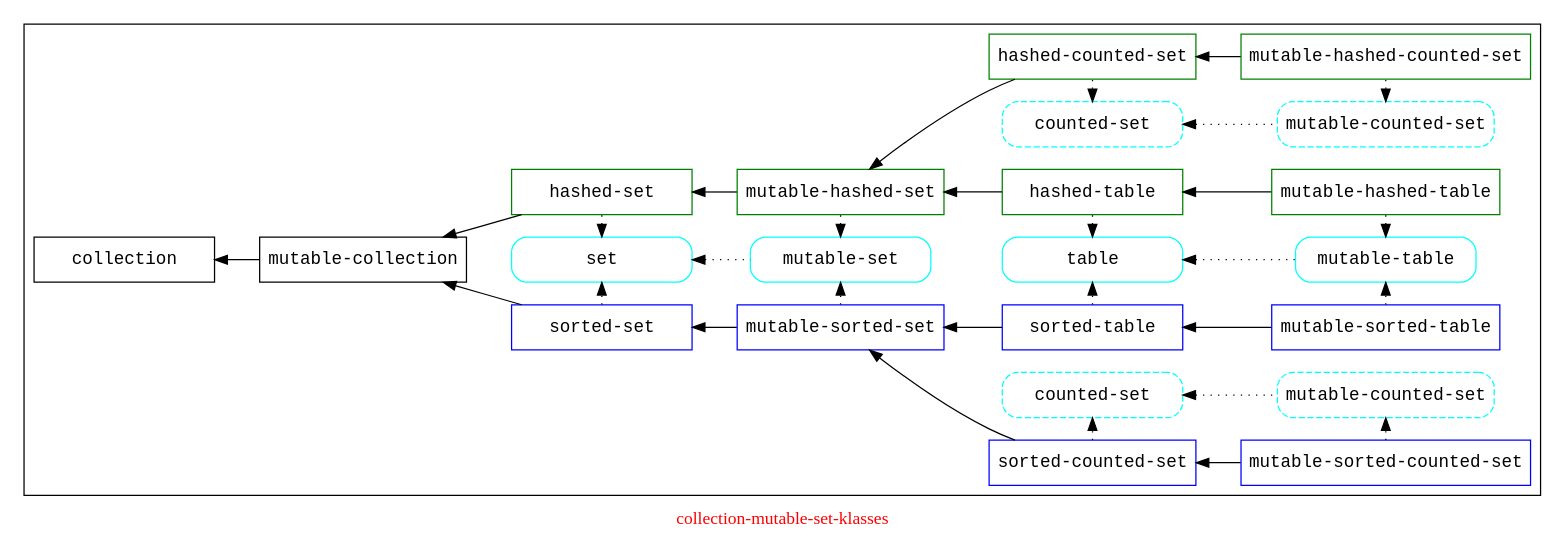
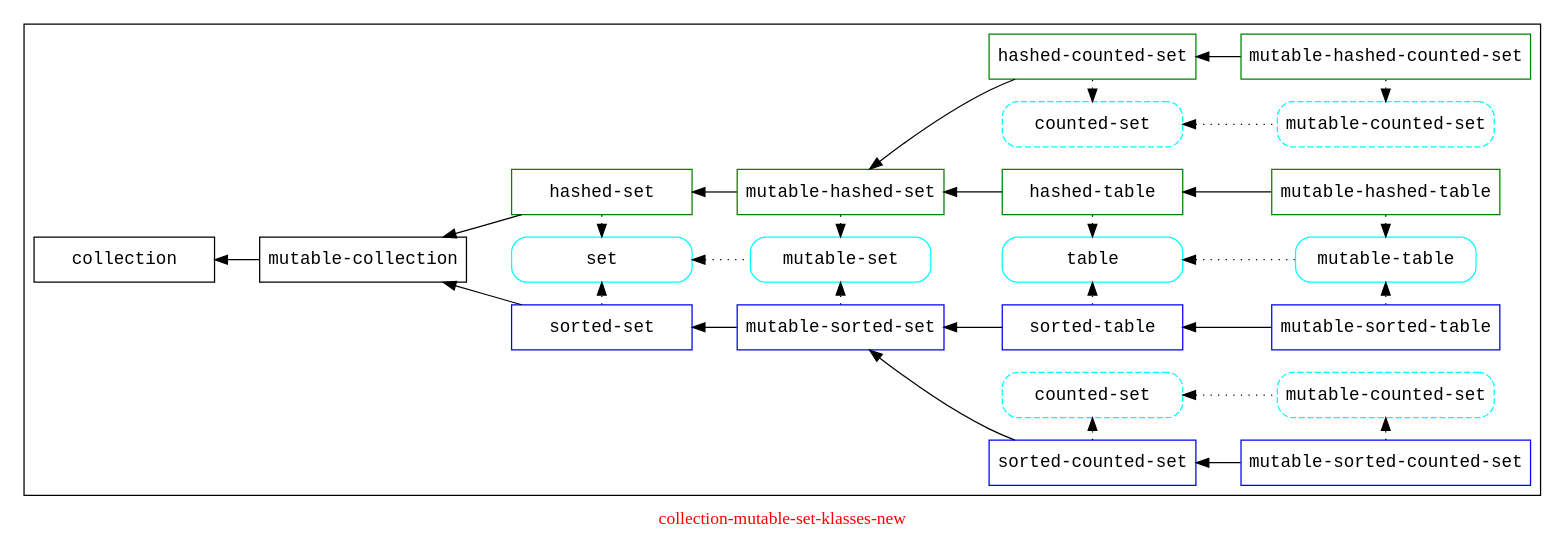
The diagram in doc/collection-mutable-set-klasses-new.dot (Ayyzee/dakota), drawn with Graphviz before and after one commit.

Commit message:
Minor cleanup.

```diff
--- a/doc/collection-mutable-set-klasses-new.dot
+++ b/doc/collection-mutable-set-klasses-new.dot
@@ -1,136 +1,128 @@
 // -*- mode: C++; c-basic-offset: 2; tab-width: 2; indent-tabs-mode: nil -*-
 
 // Copyright (C) 2007, 2008, 2009 Robert Nielsen <robert@dakota.org>
 //
 // Licensed under the Apache License, Version 2.0 (the "License");
 // you may not use this file except in compliance with the License.
 // You may obtain a copy of the License at
 //
 //      http://www.apache.org/licenses/LICENSE-2.0
 //
 // Unless required by applicable law or agreed to in writing, software
 // distributed under the License is distributed on an "AS IS" BASIS,
 // WITHOUT WARRANTIES OR CONDITIONS OF ANY KIND, either express or implied.
 // See the License for the specific language governing permissions and
 // limitations under the License.
 
-digraph "collection-mutable-set-klasses"
+digraph "collection-mutable-set-klasses-new"
 {
 	graph [ label = "\G",
           fontcolor = red,
           rankdir = LR,
 	];
 	node [ fontname = courier,
          shape = rect,
          width = 2.0,
 	];
 	edge [ dir = back, // its more natural to see: some-klass <- some-subklass
 	];
 
 //   subgraph "cluster-legend"
 //   {
 //     graph [ label = "legend" ];
 //     "klass w/o slots";
 //     "klass w/ slots" [ color = blue ];
 //     "union klass" [ color = green ];
 //     "trait" [ style = rounded ];
 //   }
 
   subgraph "cluster-main"
   {
     graph [ label = "" ];
     // traits
     "set" [ style = rounded, color = cyan ];
     "HASHED-counted-set" [ label = "counted-set", style = "rounded,dashed", color = cyan ];
     "HASHED-mutable-counted-set" [ label = "mutable-counted-set", style = "rounded,dashed", color = cyan ];
     "SORTED-counted-set" [ label = "counted-set", style = "rounded,dashed", color = cyan ];
     "SORTED-mutable-counted-set" [ label = "mutable-counted-set", style = "rounded,dashed", color = cyan ];
     "table" [ style = rounded, color = cyan ];
     "mutable-set" [ style = rounded, color = cyan ];
     "mutable-table" [ style = rounded, color = cyan ];
     "hashed-set" [ color = green ];
     "sorted-set" [ color = blue ];
     "sorted-counted-set" [ color = blue ];
     "hashed-counted-set" [ color = green ];
     "hashed-table" [ color = green ];
     "sorted-table" [ color = blue ];
     "mutable-hashed-table" [ color = green ];
     "mutable-sorted-table" [ color = blue ];
     "mutable-hashed-set" [ color = green ];
     "mutable-sorted-set" [ color = blue ];
     "mutable-hashed-counted-set" [ color = green ];
     "mutable-sorted-counted-set" [ color = blue ];
 
     "mutable-sorted-set" -> "sorted-counted-set";
     "sorted-counted-set" -> "mutable-sorted-counted-set";
     "mutable-hashed-set" -> "hashed-counted-set";
     "hashed-counted-set" -> "mutable-hashed-counted-set";
     "HASHED-counted-set" -> "hashed-counted-set" [ style = dotted ];
     "HASHED-mutable-counted-set" -> "mutable-hashed-counted-set" [ style = dotted ];
     "HASHED-counted-set" -> "HASHED-mutable-counted-set" [ style = dotted ];
     "sorted-counted-set" -> "SORTED-counted-set" [ style = dotted, dir = forward ];
     "mutable-sorted-counted-set" -> "SORTED-mutable-counted-set" [ style = dotted, dir = forward ];
     "SORTED-counted-set" -> "SORTED-mutable-counted-set" [ style = dotted ];
     
     // klass-to-klass edges
     "sorted-set" -> "mutable-sorted-set";
     "hashed-set" -> "mutable-hashed-set";
     "mutable-collection" -> "sorted-set";
     "mutable-collection" -> "hashed-set";
     "collection" -> "mutable-collection";
     "mutable-sorted-set" -> "sorted-table";
     "mutable-hashed-set" -> "hashed-table";
 
     // trait-to-trait edges
     "set" -> "mutable-set" [ style = dotted ];
     "table" -> "mutable-table" [ style = dotted ];
 
     // klass-to-trait edges
     // to debug set color = red
     "sorted-set" -> "set" [ style = dotted, dir = forward ];
     "sorted-table" -> "table" [ style = dotted, dir = forward ];
     "mutable-sorted-set" -> "mutable-set" [ style = dotted,  dir = forward ];
     "mutable-sorted-table" -> "mutable-table" [ style = dotted,  dir = forward ];
 
     // trait-to-klass edges
     "set" -> "hashed-set" [ style = dotted ];
     "table" -> "hashed-table" [ style = dotted ];
     "mutable-set" -> "mutable-hashed-set" [ style = dotted ];
     "mutable-table" -> "mutable-hashed-table" [ style = dotted ];
 
     "sorted-table" -> "mutable-sorted-table";
     "hashed-table" -> "mutable-hashed-table";
 
     { rank = same; "sorted-set"; "set" };
     { rank = same; "hashed-set"; "set" };
 
     { rank = same; "mutable-sorted-set"; "mutable-set" };
     { rank = same; "mutable-hashed-set"; "mutable-set" };
 
     { rank = same; "mutable-sorted-table"; "mutable-table" };
     { rank = same; "mutable-hashed-table"; "mutable-table" };
 
     { rank = same; "sorted-table"; "table" };
     { rank = same; "hashed-table"; "table" };
     
     { rank = same; "hashed-counted-set"; "HASHED-counted-set" };
     { rank = same; "sorted-counted-set"; "HASHED-counted-set" };
 
     { rank = same; "mutable-hashed-counted-set"; "HASHED-mutable-counted-set" };
     { rank = same; "mutable-sorted-counted-set"; "HASHED-mutable-counted-set" };
 
     { rank = same; "hashed-counted-set"; "SORTED-counted-set" };
     { rank = same; "sorted-counted-set"; "SORTED-counted-set" };
 
     { rank = same; "mutable-hashed-counted-set"; "SORTED-mutable-counted-set" };
     { rank = same; "mutable-sorted-counted-set"; "SORTED-mutable-counted-set" };
-
-    // layout hacks
-    // to debug set color = gray
-    "mutable-sorted-set" -> "table" [ style = invis ];
-    "mutable-hashed-set" -> "table" [ style = invis ];
   }
-
-  // layout only
-  "mutable-collection" -> "set" [ style = invis ];
 }
```
